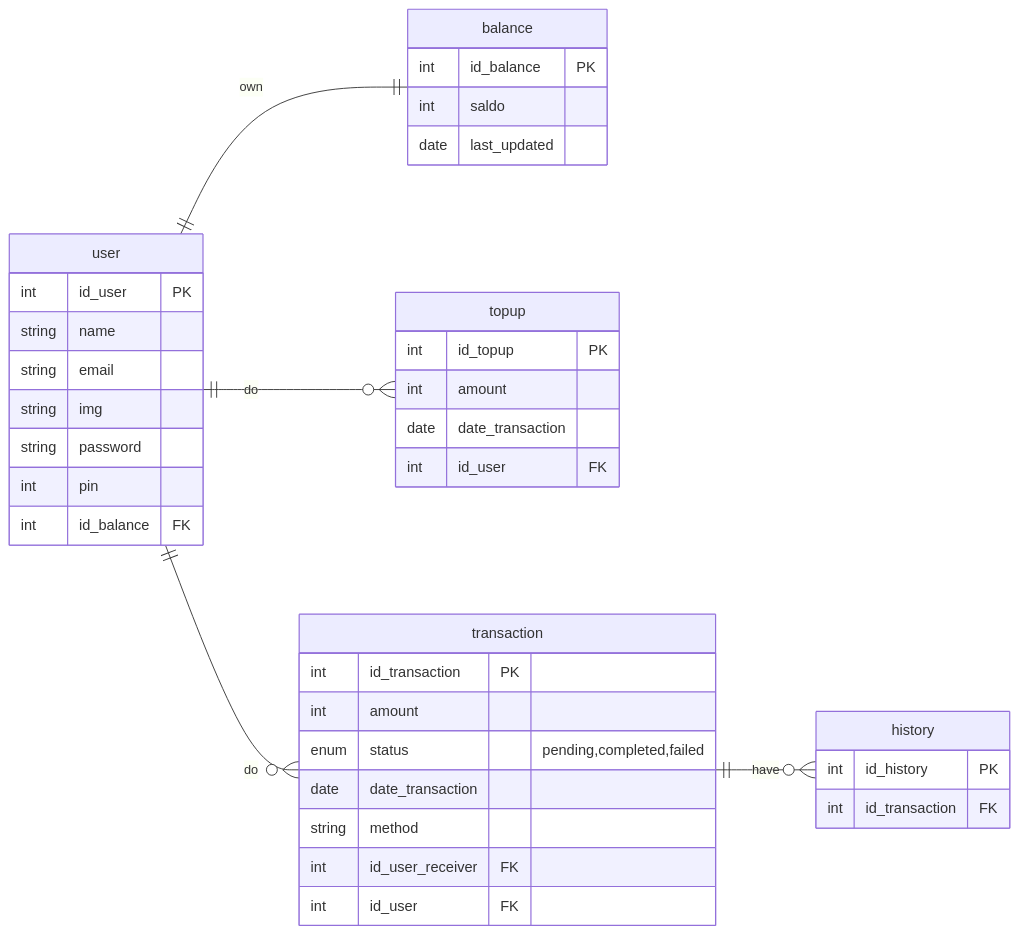
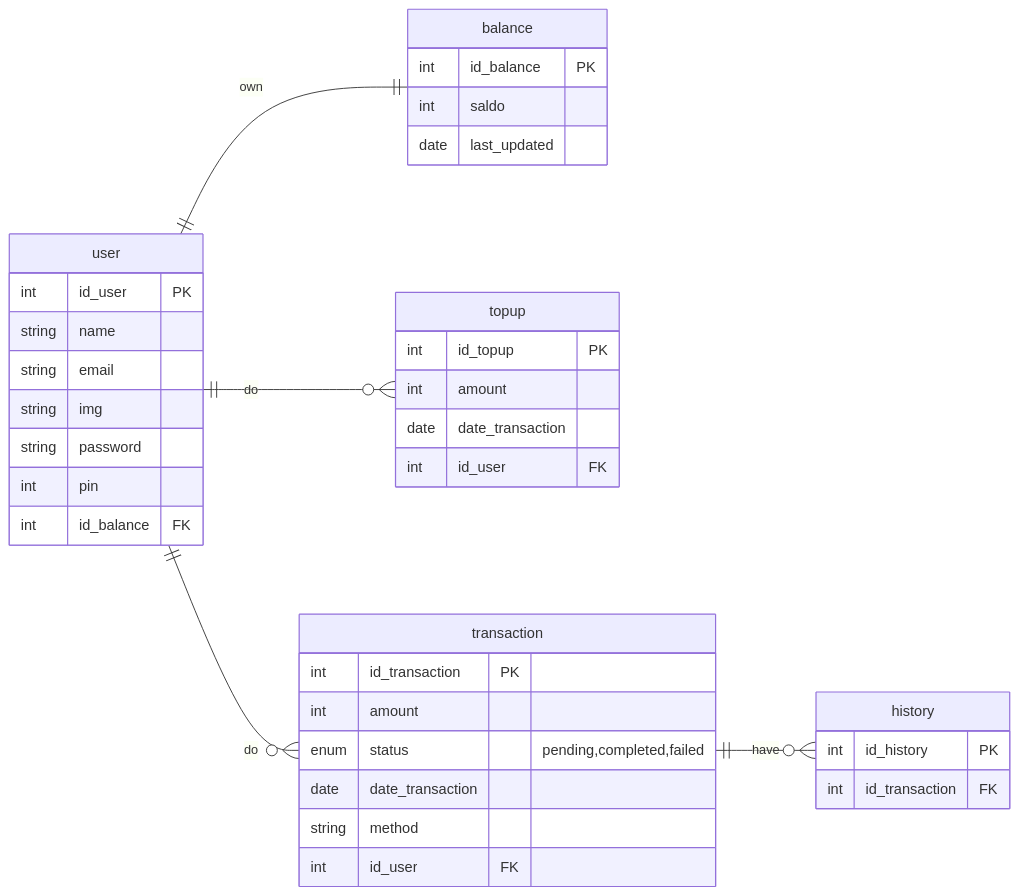
Before and after one commit to HN721/fgo24-db-ewallet: the diagram in readme.md, drawn with Mermaid.

````diff
--- a/readme.md
+++ b/readme.md
@@ -3,49 +3,48 @@
 ```mermaid
 erDiagram
 direction LR
     user ||--|| balance : own
     user ||--o{ topup : do
  user ||--o{ transaction : do
     transaction ||--o{ history : have
 
     user {
         int id_user PK
         string name
         string email
         string img
         string password
         int pin
         int id_balance FK
     }
 
     balance {
         int id_balance PK
         int saldo
         date last_updated
     }
 
 
     transaction {
         int id_transaction PK
         int amount
 
         enum status "pending,completed,failed"
         date date_transaction
         string method
-        int id_user_receiver FK
         int id_user FK
     }
     topup {
         int id_topup PK
         int amount
         date date_transaction
         int id_user FK
     }
 
     history {
         int id_history PK
         int id_transaction FK
     }
 
 
 ```
````
